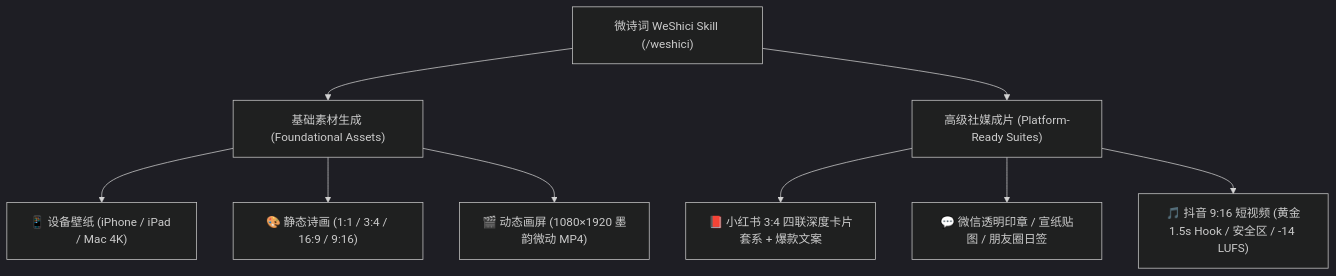
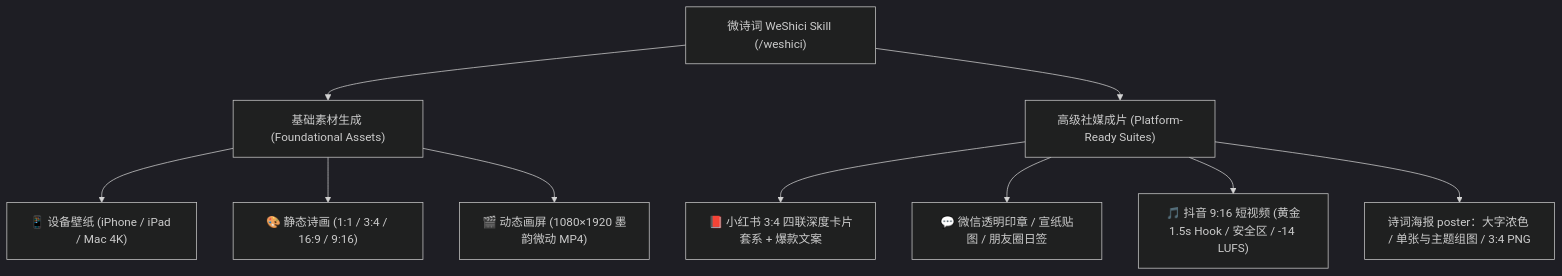
Before and after one commit to charsunny/weshici-skill: the diagram in README.md, drawn with Mermaid (dark theme). The commit also changed other lines of this file and 10 other files, not shown here.

````diff
--- a/README.md
+++ b/README.md
@@ -43,13 +55,14 @@
 ```mermaid
 graph TD
     A["微诗词 WeShici Skill (/weshici)"] --> B["基础素材生成 (Foundational Assets)"]
     A --> C["高级社媒成片 (Platform-Ready Suites)"]
 
     B --> B1["📱 设备壁纸 (iPhone / iPad / Mac 4K)"]
     B --> B2["🎨 静态诗画 (1:1 / 3:4 / 16:9 / 9:16)"]
     B --> B3["🎬 动态画屏 (1080×1920 墨韵微动 MP4)"]
 
     C --> C1["📕 小红书 3:4 四联深度卡片套系 + 爆款文案"]
     C --> C2["💬 微信透明印章 / 宣纸贴图 / 朋友圈日签"]
     C --> C3["🎵 抖音 9:16 短视频 (黄金1.5s Hook / 安全区 / -14 LUFS)"]
+    C --> C4["诗词海报 poster：大字浓色 / 单张与主题组图 / 3:4 PNG"]
 ```
````
